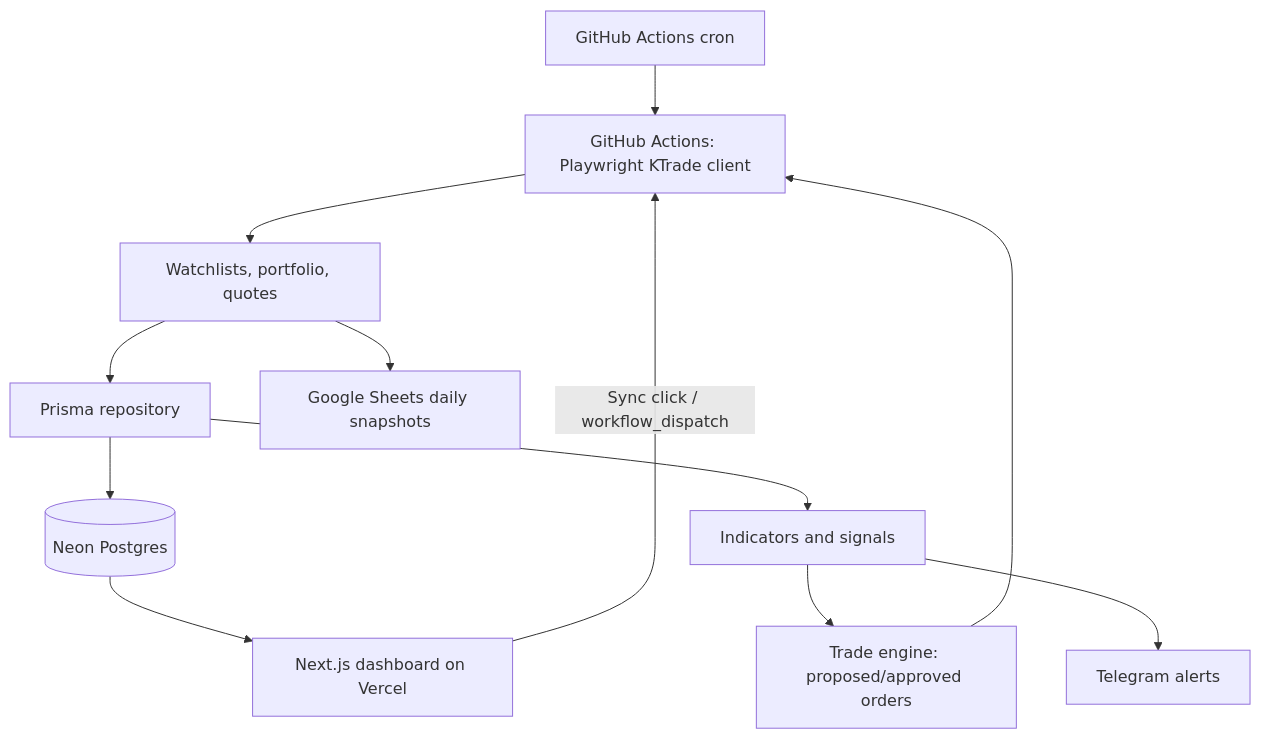
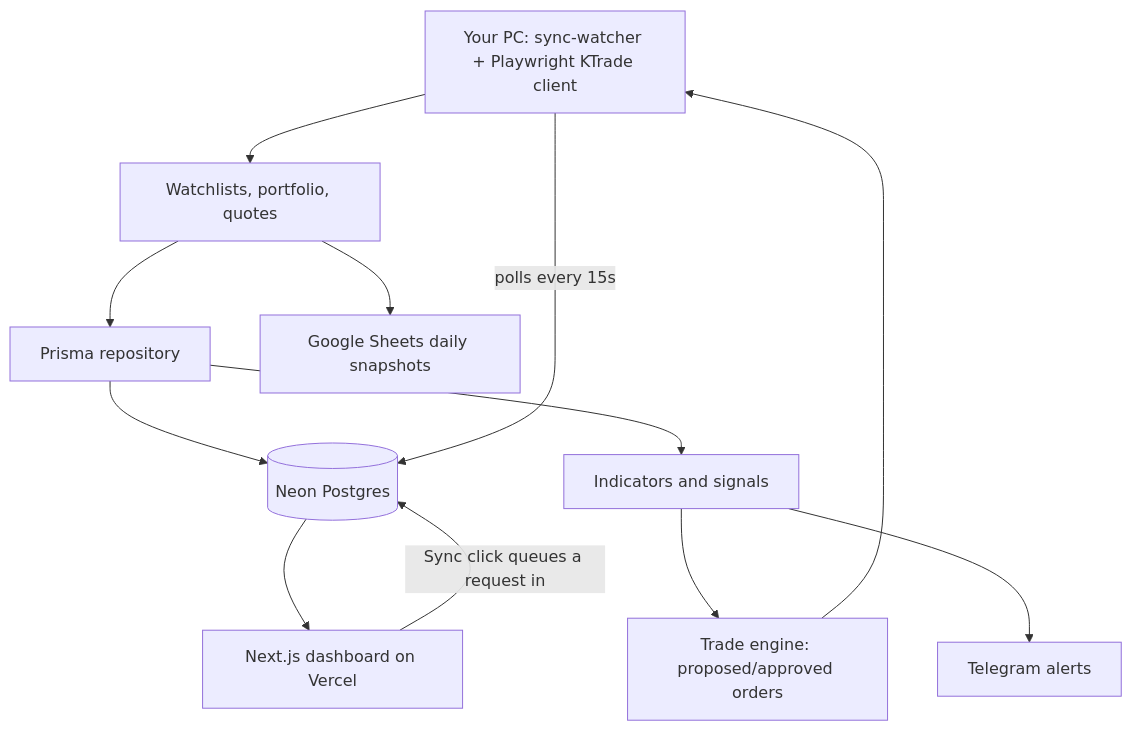
One commit to ghufranmalic/tradr-v2 changed the diagram in README.md. Above: the diagram before and after it, drawn with Mermaid. The commit also changed other lines of this file and 13 other files, not shown here.

First line of the commit message:
Move KTrade collector off GitHub Actions to a local sync-watcher (Option A)

````diff
--- a/README.md
+++ b/README.md
@@ -12,14 +13,14 @@
 ```mermaid
 flowchart TD
-  A[GitHub Actions: Playwright KTrade client] --> B[Watchlists, portfolio, quotes]
+  A[Your PC: sync-watcher + Playwright KTrade client] --> B[Watchlists, portfolio, quotes]
   B --> C[Prisma repository]
   C --> D[(Neon Postgres)]
   C --> E[Indicators and signals]
   E --> F[Trade engine: proposed/approved orders]
   F --> A
   E --> G[Telegram alerts]
   B --> H[Google Sheets daily snapshots]
   D --> I[Next.js dashboard on Vercel]
-  J[GitHub Actions cron] --> A
-  I -- Sync click / workflow_dispatch --> A
+  A -- polls every 15s --> D
+  I -- Sync click queues a request in --> D
 ```
````
